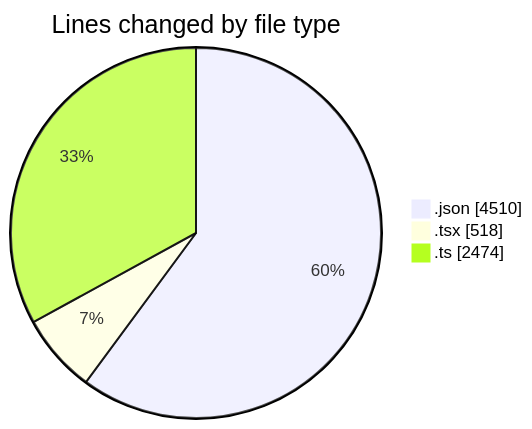
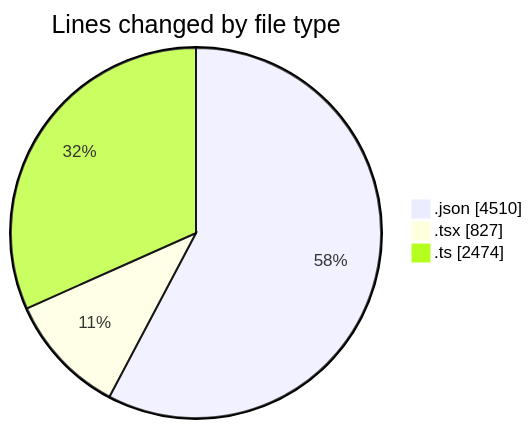
Before and after one commit to CELIANVF/code-tracking: the first of 2 diagrams in 2025-05-05/ecodeli/README.md, drawn with Mermaid. The commit also changed other lines of this file and 1 other file, not shown here.

````diff
--- a/2025-05-05/ecodeli/README.md
+++ b/2025-05-05/ecodeli/README.md
@@ -28,7 +29,7 @@
 ```mermaid
 pie showData
 title Lines changed by file type
 ".json" : 4510
-".tsx" : 518
+".tsx" : 827
 ".ts" : 2474
 ```
````
